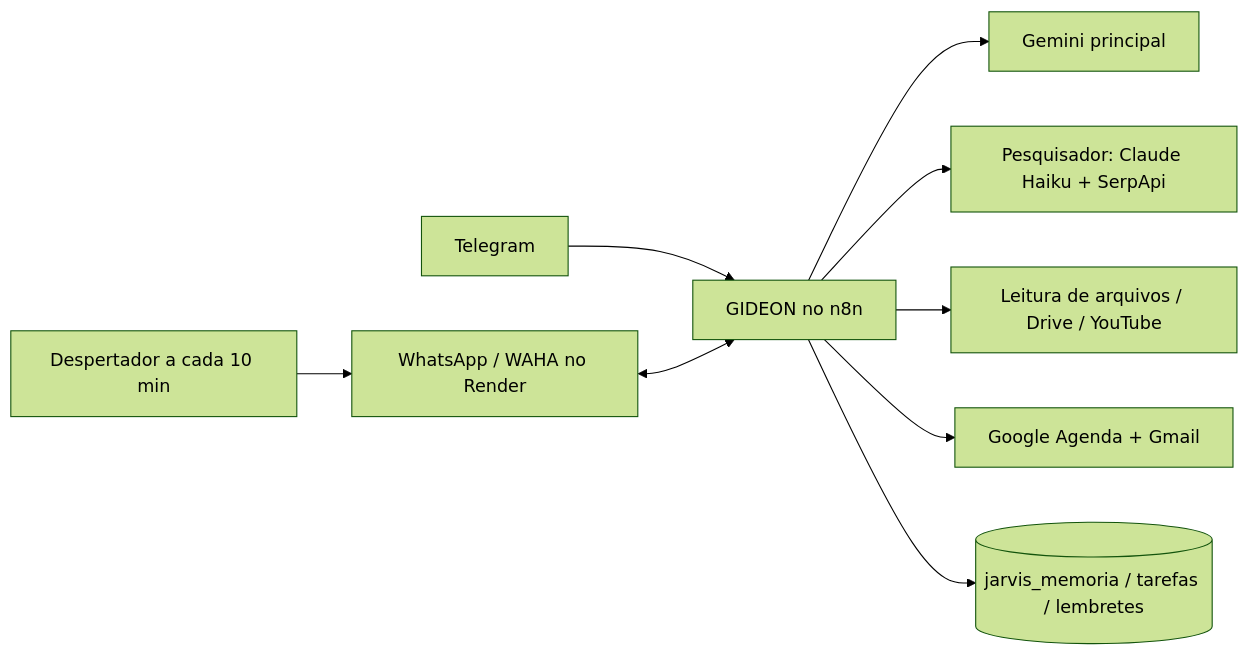
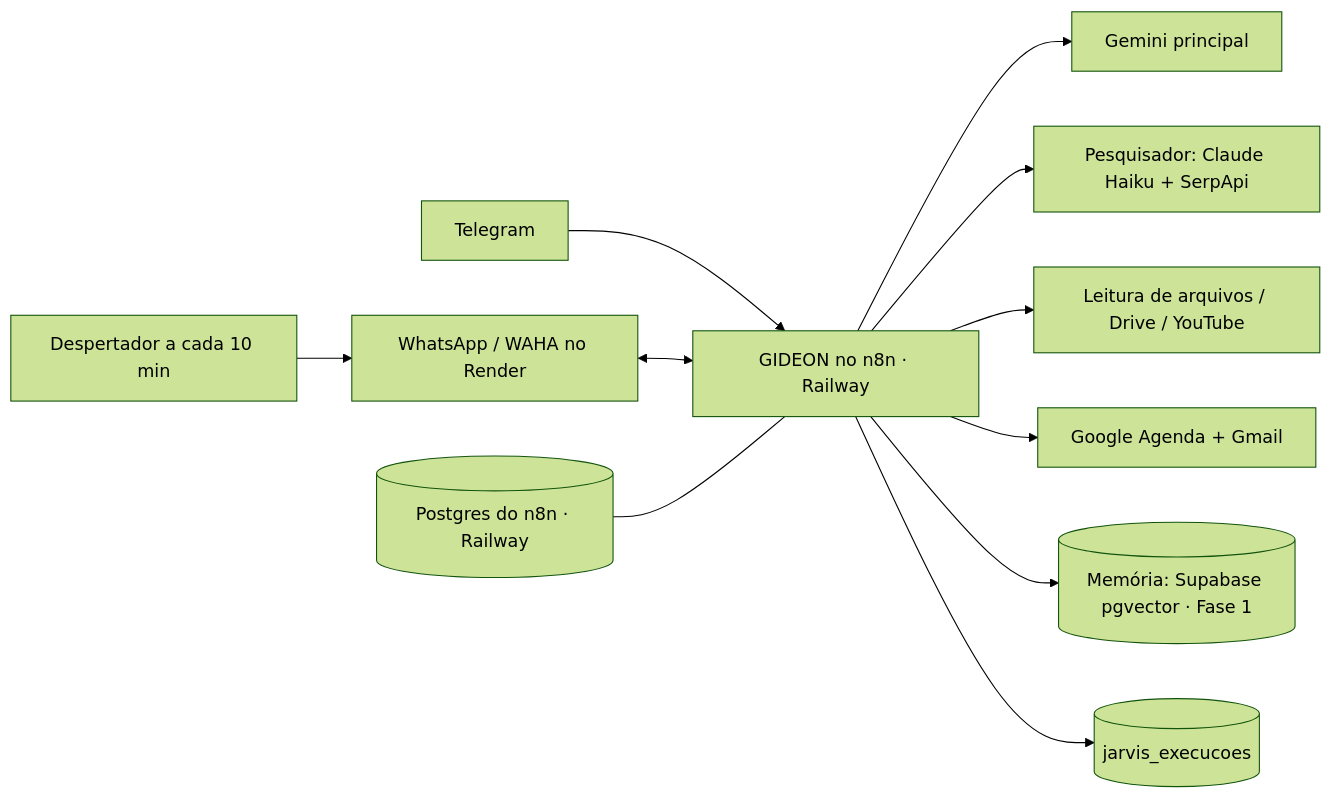
One commit to MauricioSUprir/teste changed the diagram in gideon/docs/arquitetura.md. Above: the diagram before and after it, drawn with Mermaid (forest theme). The commit also changed other lines of this file and 2 other files, not shown here.

First line of the commit message:
docs(gideon): n8n self-hosted no Railway (decisão 007) e arquitetura atualizada

````diff
--- a/gideon/docs/arquitetura.md
+++ b/gideon/docs/arquitetura.md
@@ -22,11 +28,13 @@
 ```mermaid
 flowchart LR
-  TG[Telegram] --> J[GIDEON no n8n]
+  TG[Telegram] --> J[GIDEON no n8n · Railway]
   WA[WhatsApp / WAHA no Render] <--> J
   J --> G[Gemini principal]
   J --> P[Pesquisador: Claude Haiku + SerpApi]
   J --> F[Leitura de arquivos / Drive / YouTube]
   J --> GC[Google Agenda + Gmail]
-  J --> M[(jarvis_memoria / tarefas / lembretes)]
+  J --> M[(Memória: Supabase pgvector · Fase 1)]
+  J --> X[(jarvis_execucoes)]
   D[Despertador a cada 10 min] --> WA
+  PG[(Postgres do n8n · Railway)] --- J
 ```
````
